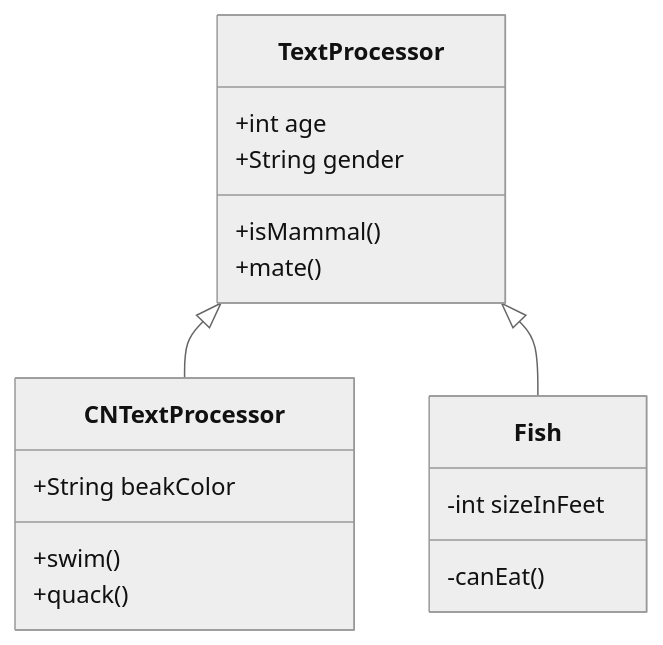
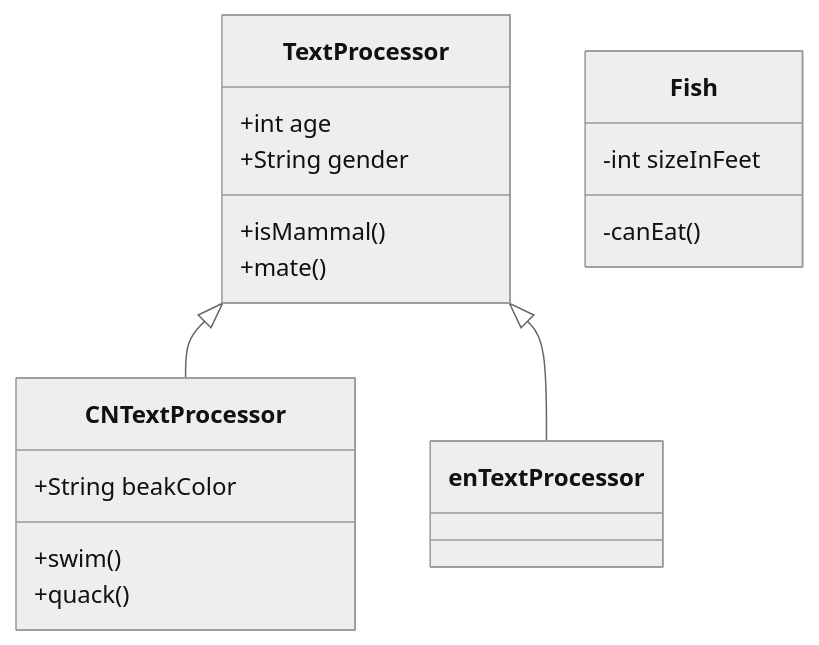
One commit to Jason-DancingBoy/iodraw-files changed the diagram in all/未命名.md. Above: the diagram before and after it, drawn with Mermaid (neutral theme).

Commit message:
2026-01-02 20:31:25 update

````diff
--- a/all/未命名.md
+++ b/all/未命名.md
@@ -1,19 +1,19 @@
 ```mermaid
 classDiagram
     TextProcessor <|-- CNTextProcessor
-    TextProcessor <|-- Fish
+    TextProcessor <|-- enTextProcessor
     TextProcessor : +int age
     TextProcessor : +String gender
     TextProcessor: +isMammal()
     TextProcessor: +mate()
     class CNTextProcessor{
       +String beakColor
       +swim()
       +quack()
     }
     class Fish{
       -int sizeInFeet
       -canEat()
     }
             
 ```
````
